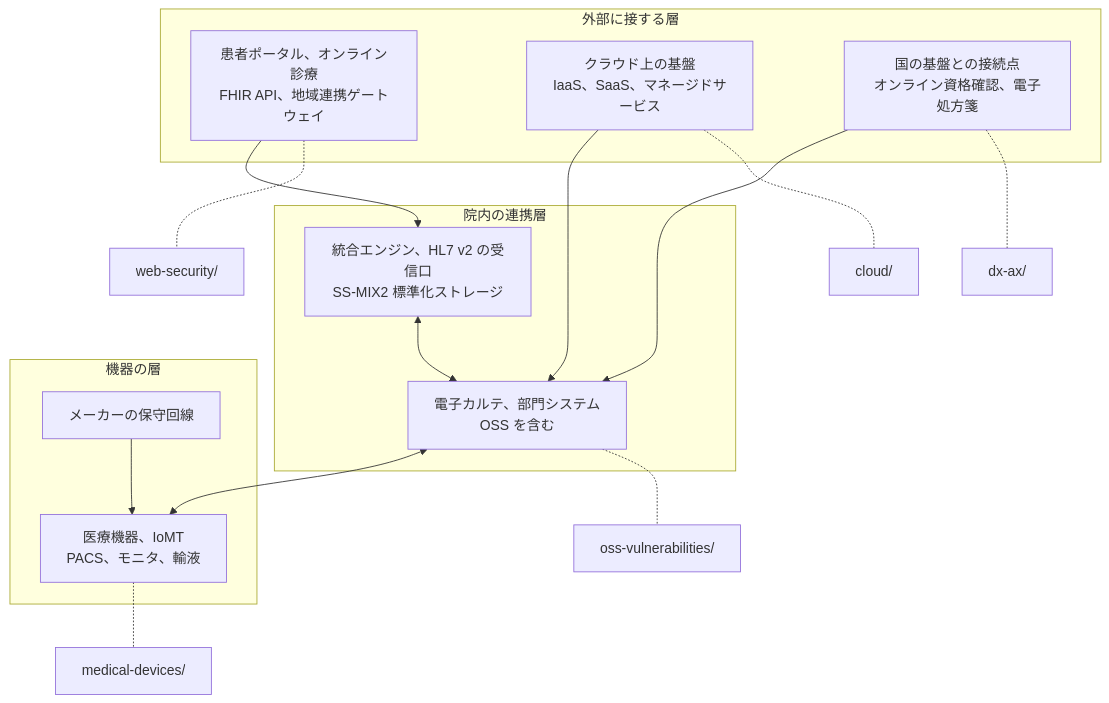
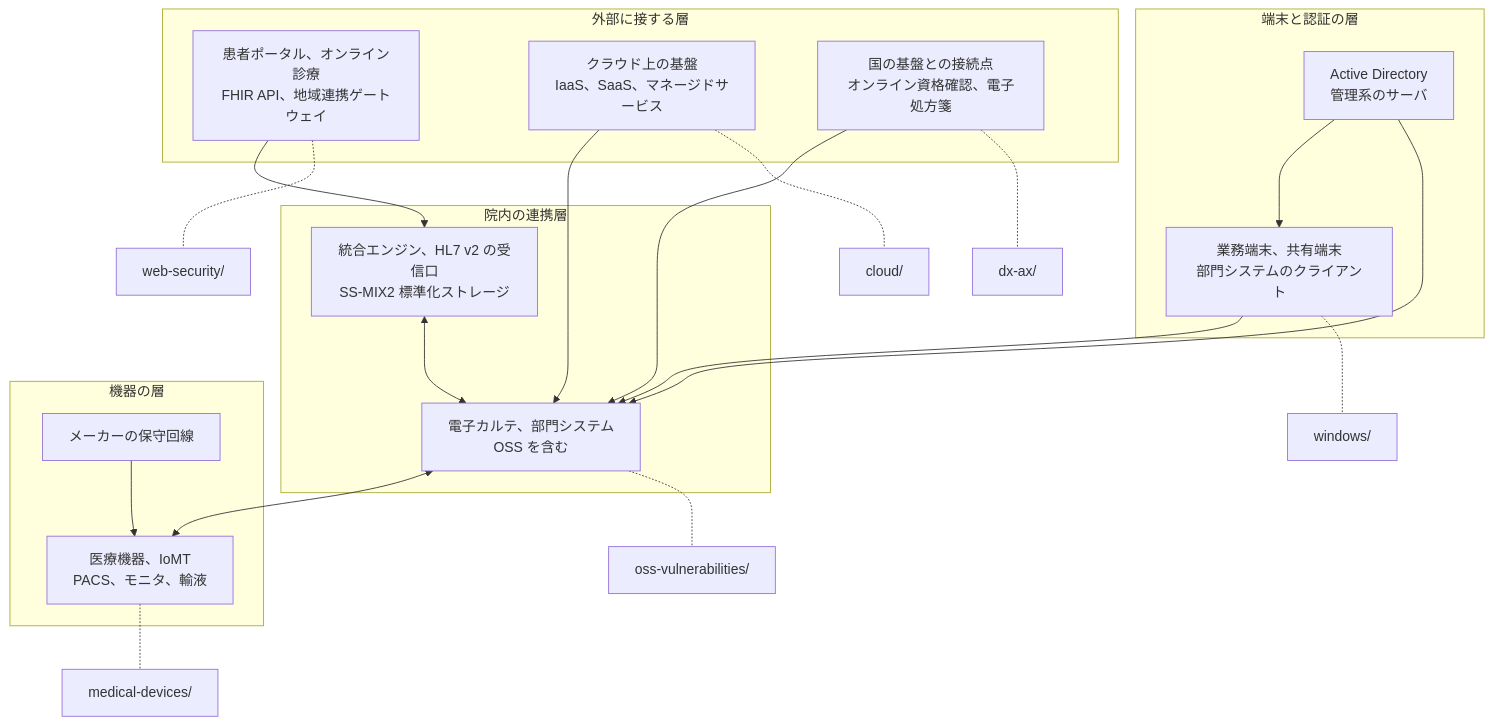
The diagram in docs/technology/README.md (scgajge12/awesome-healthcare-security), drawn with Mermaid before and after one commit. The commit also changed other lines of this file and 16 other files, not shown here.

````diff
--- a/docs/technology/README.md
+++ b/docs/technology/README.md
@@ -30,31 +31,40 @@
 ```mermaid
 flowchart TD
     subgraph L1["外部に接する層"]
         W["患者ポータル、オンライン診療<br>FHIR API、地域連携ゲートウェイ"]
         C["クラウド上の基盤<br>IaaS、SaaS、マネージドサービス"]
         DX["国の基盤との接続点<br>オンライン資格確認、電子処方箋"]
     end
 
     subgraph L2["院内の連携層"]
         ENG["統合エンジン、HL7 v2 の受信口<br>SS-MIX2 標準化ストレージ"]
         EHR["電子カルテ、部門システム<br>OSS を含む"]
     end
 
+    subgraph L2B["端末と認証の層"]
+        WS["業務端末、共有端末<br>部門システムのクライアント"]
+        AD["Active Directory<br>管理系のサーバ"]
+    end
+
     subgraph L3["機器の層"]
         DEV["医療機器、IoMT<br>PACS、モニタ、輸液"]
         MNT["メーカーの保守回線"]
     end
 
     W --> ENG
     C --> EHR
     DX --> EHR
     ENG <--> EHR
     EHR <--> DEV
     MNT --> DEV
+    AD --> WS
+    AD --> EHR
+    WS --> EHR
 
     W -.- SW["web-security/"]
     C -.- SC["cloud/"]
     DX -.- SD["dx-ax/"]
     EHR -.- SO["oss-vulnerabilities/"]
     DEV -.- SM["medical-devices/"]
+    WS -.- SWIN["windows/"]
 ```
````
